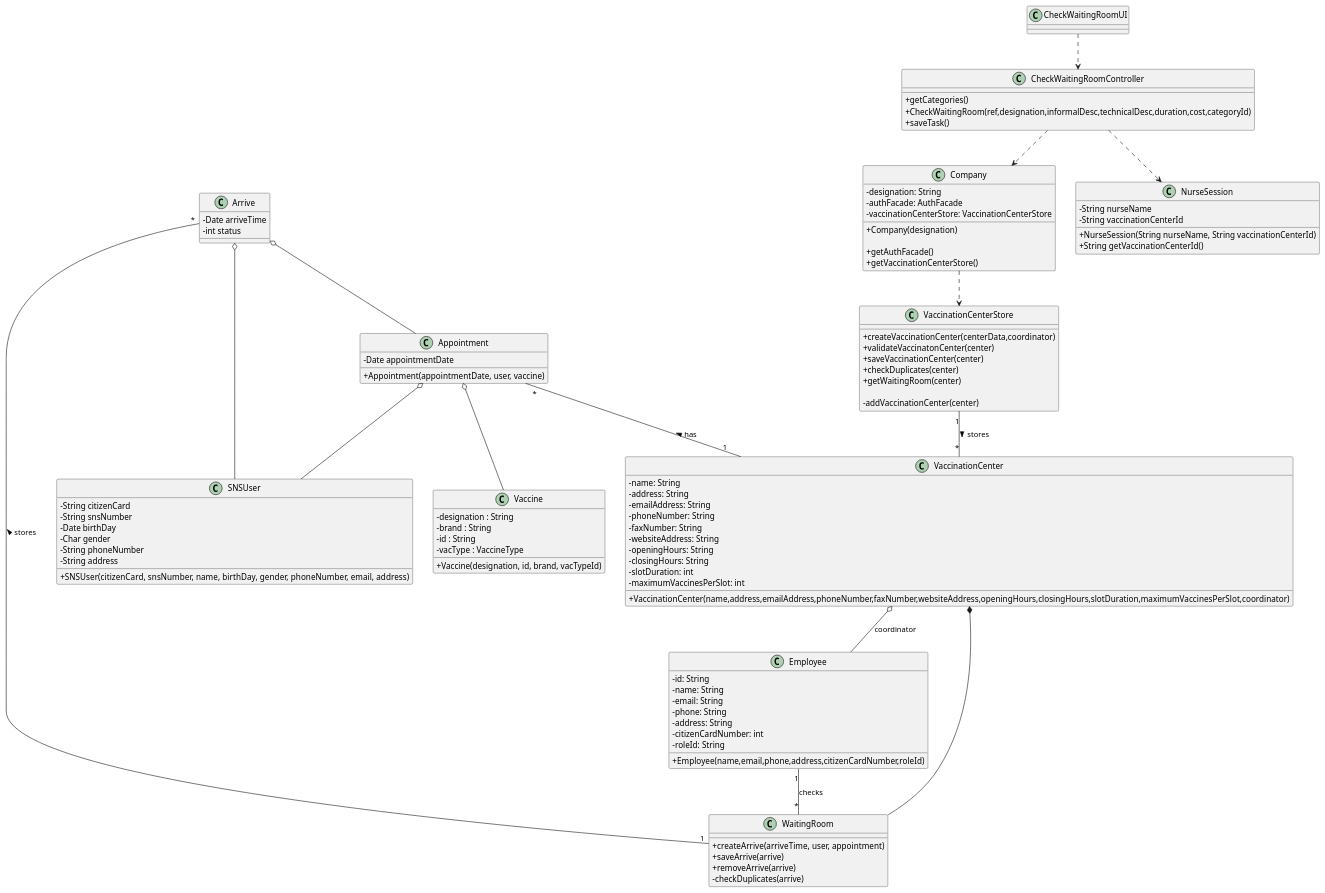
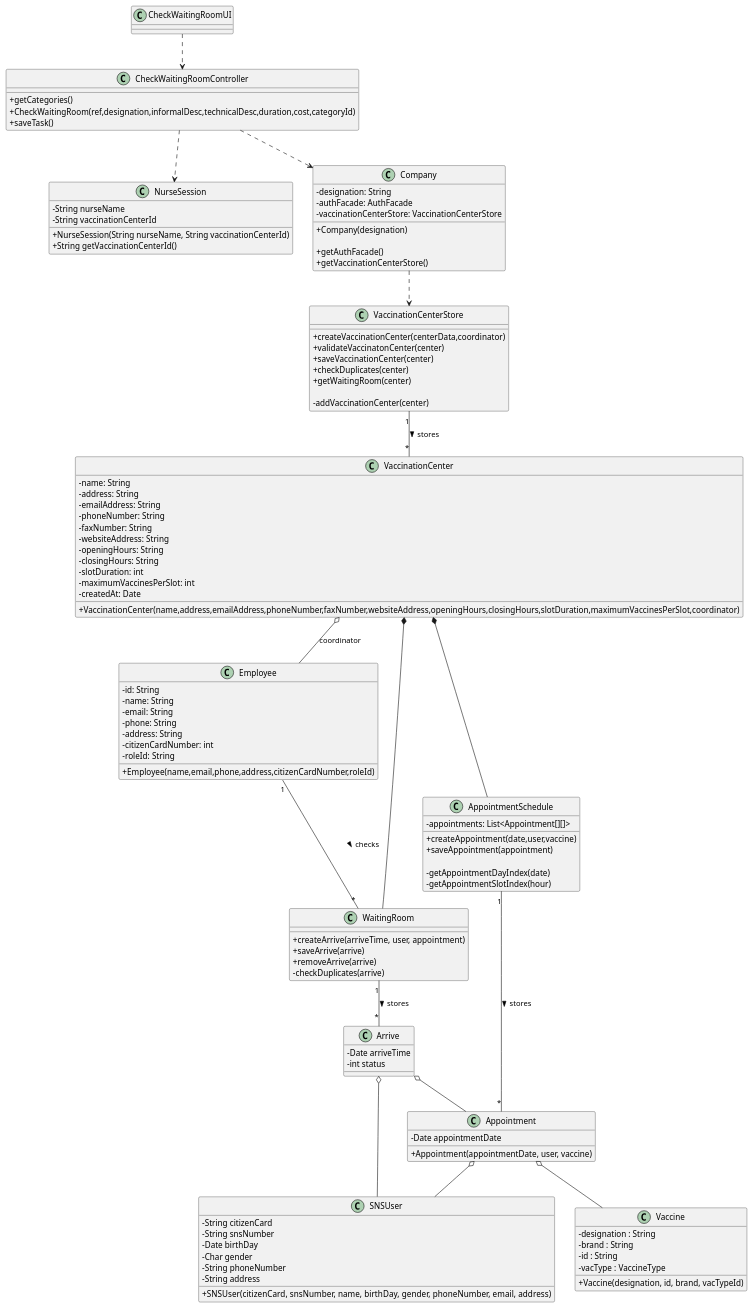
The diagram in docs/SprintC/US05/CD/US05_CD.puml (miseEnPlace-i/lapr2), drawn with PlantUML before and after one commit. The commit also changed 1 other file, not shown here.

Commit message:
docs(US05): updated CD with appointment schedule

```diff
--- a/docs/SprintC/US05/CD/US05_CD.puml
+++ b/docs/SprintC/US05/CD/US05_CD.puml
@@ -1,127 +1,138 @@
 @startuml
 skinparam classAttributeIconSize 0
 
 class Arrive {
   - Date arriveTime
   - int status
 }
 
 class NurseSession {
   - String nurseName
   - String vaccinationCenterId
 
   + NurseSession(String nurseName, String vaccinationCenterId)
   + String getVaccinationCenterId()
 }
 
 class Company {
   -designation: String
   -authFacade: AuthFacade
   -vaccinationCenterStore: VaccinationCenterStore
   
   +Company(designation)
 
   +getAuthFacade()
   +getVaccinationCenterStore()
 }
 
 class CheckWaitingRoomController {
   +getCategories()
   +CheckWaitingRoom(ref,designation,informalDesc,technicalDesc,duration,cost,categoryId)
   +saveTask()
 }
 
 class CheckWaitingRoomUI {}
 
 class VaccinationCenter {
   - name: String
   - address: String
   - emailAddress: String
   - phoneNumber: String
   - faxNumber: String
   - websiteAddress: String
   - openingHours: String
   - closingHours: String
   - slotDuration: int
   - maximumVaccinesPerSlot: int
+  -createdAt: Date
   
   +VaccinationCenter(name,address,emailAddress,phoneNumber,faxNumber,websiteAddress,openingHours,closingHours,slotDuration,maximumVaccinesPerSlot,coordinator)
 }
 
 class VaccinationCenterStore {
   +createVaccinationCenter(centerData,coordinator)
   +validateVaccinatonCenter(center)
   +saveVaccinationCenter(center)
   +checkDuplicates(center)
   +getWaitingRoom(center)
 
   -addVaccinationCenter(center)
 }
 
 class Employee {
   -id: String 
   -name: String 
   -email: String 
   -phone: String 
   -address: String 
   -citizenCardNumber: int 
   -roleId: String 
 
   +Employee(name,email,phone,address,citizenCardNumber,roleId)
 }
 
 class SNSUser {
   - String citizenCard
   - String snsNumber
   - Date birthDay
   - Char gender
   - String phoneNumber
   - String address
   + SNSUser(citizenCard, snsNumber, name, birthDay, gender, phoneNumber, email, address)
 }
 
 class WaitingRoom {
   +createArrive(arriveTime, user, appointment)
   +saveArrive(arrive)
   +removeArrive(arrive)
   -checkDuplicates(arrive)
 }
 
+class AppointmentSchedule {
+  -appointments: List<Appointment[][]>
+  +createAppointment(date,user,vaccine)
+  +saveAppointment(appointment)
+
+  -getAppointmentDayIndex(date)
+  -getAppointmentSlotIndex(hour)
+}
+
 class Appointment {
   -Date appointmentDate
 
   +Appointment(appointmentDate, user, vaccine)
 }
 
 class Vaccine{
   -designation : String
   -brand : String
   -id : String
   -vacType : VaccineType
 
   +Vaccine(designation, id, brand, vacTypeId)
 }
 
 CheckWaitingRoomUI ..> CheckWaitingRoomController
 CheckWaitingRoomController ..> Company
 
 Arrive o-- SNSUser
 Arrive o-- Appointment
 Appointment o-- SNSUser
 
 VaccinationCenter o-- Employee : coordinator
 VaccinationCenterStore "1" -- "*" VaccinationCenter : stores >
 
 Company ..> VaccinationCenterStore
 
 WaitingRoom "1" -- "*" Arrive : stores >
 
-Employee "1" -- "*" WaitingRoom : checks
+Employee "1" -- "*" WaitingRoom : checks >
 VaccinationCenter *-- WaitingRoom
 
 CheckWaitingRoomController ..> NurseSession
 
-Appointment "*" -- "1" VaccinationCenter : has <
+AppointmentSchedule "1" -- "*" Appointment : stores >
+VaccinationCenter *-- AppointmentSchedule
 Appointment o-- Vaccine
 
 @enduml
```
